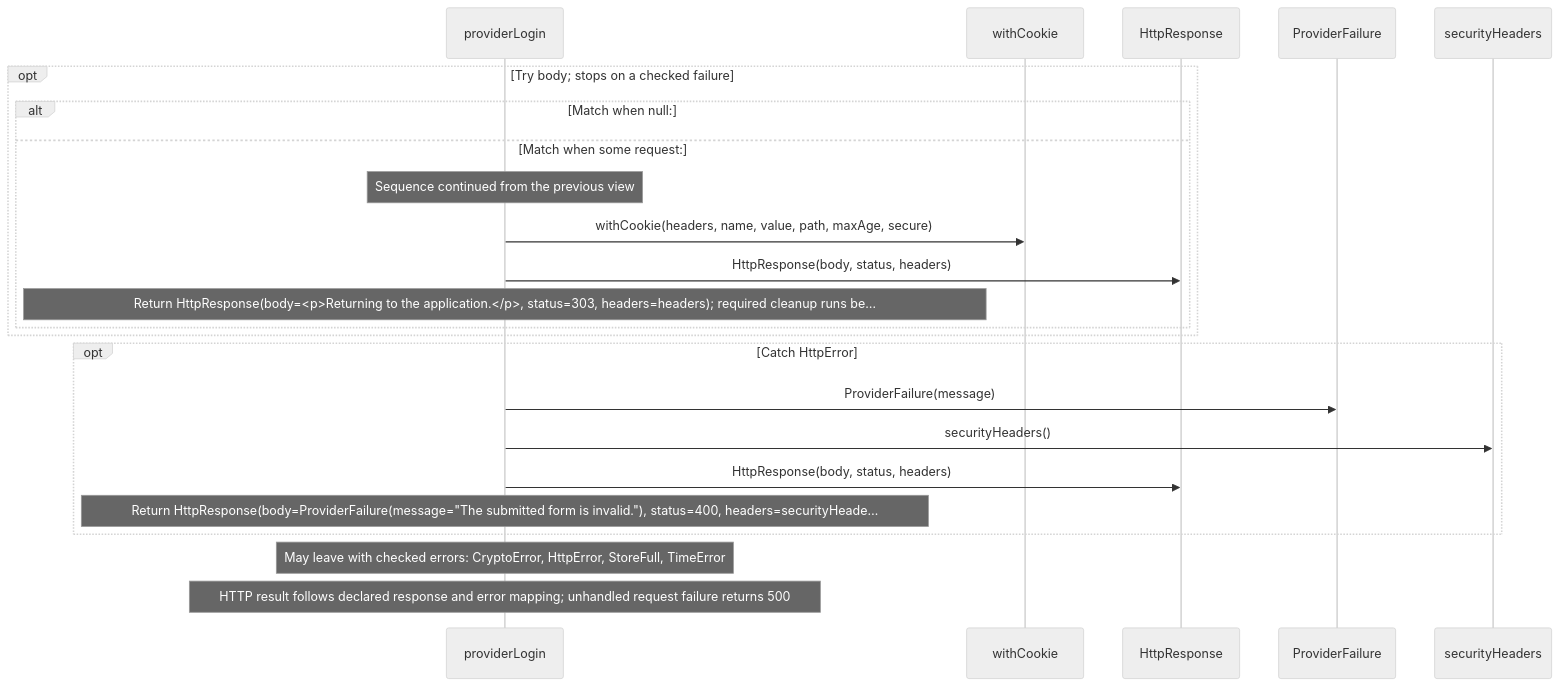
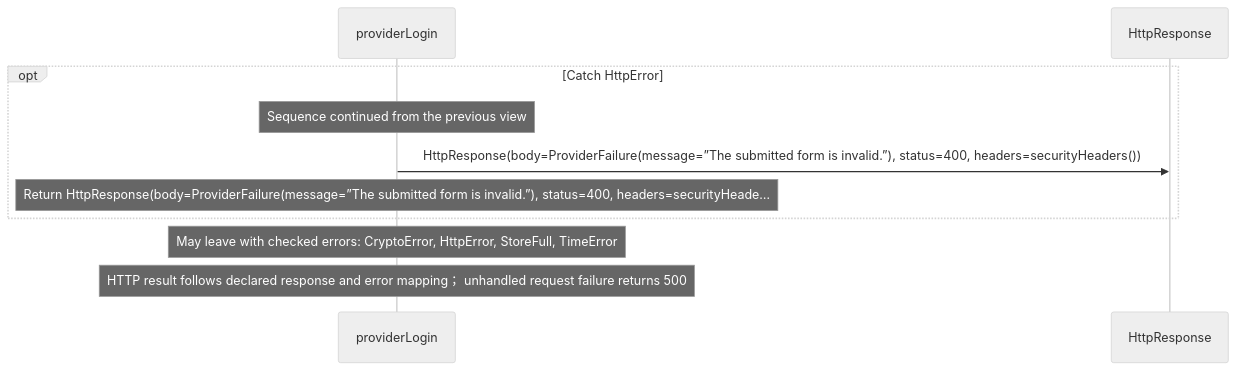
Before and after one commit to GreenPandaStudios/augscript: the ninth of 9 diagrams in docs/examples/oidc-login/provider/authorization-diagrams.md, drawn with Mermaid (neutral theme). The commit also changed other lines of this file and 524 other files, not shown here.

Commit message:
Explain checked data flow at folder and service levels

````diff
--- a/docs/examples/oidc-login/provider/authorization-diagrams.md
+++ b/docs/examples/oidc-login/provider/authorization-diagrams.md
@@ -321,25 +387,12 @@
 ```mermaid
 sequenceDiagram
     participant p0 as providerLogin
-    participant p1 as withCookie
-    participant p2 as HttpResponse
-    participant p3 as ProviderFailure
-    participant p4 as securityHeaders
-    opt Try body#59; stops on a checked failure
-    alt Match when null:
-    else Match when some request:
+    participant p1 as HttpResponse
+    opt Catch HttpError
     Note over p0: Sequence continued from the previous view
-    p0->>p1: withCookie(headers, name, value, path, maxAge, secure)
-    p0->>p2: HttpResponse(body, status, headers)
-    Note over p0: Return HttpResponse(body=#60;p#62;Returning to the application.#60;/p#62;, status=303, headers=headers)#59; required cleanup runs be…
-    end
-    end
-    opt Catch HttpError
-    p0->>p3: ProviderFailure(message)
-    p0->>p4: securityHeaders()
-    p0->>p2: HttpResponse(body, status, headers)
-    Note over p0: Return HttpResponse(body=ProviderFailure(message=#34;The submitted form is invalid.#34;), status=400, headers=securityHeade…
+    p0->>p1: HttpResponse(body=ProviderFailure(message=”The submitted form is invalid.”), status=400, headers=securityHeaders())
+    Note over p0: Return HttpResponse(body=ProviderFailure(message=”The submitted form is invalid.”), status=400, headers=securityHeade…
     end
     Note over p0: May leave with checked errors: CryptoError, HttpError, StoreFull, TimeError
-    Note over p0: HTTP result follows declared response and error mapping#59; unhandled request failure returns 500
+    Note over p0: HTTP result follows declared response and error mapping； unhandled request failure returns 500
 ```
````
